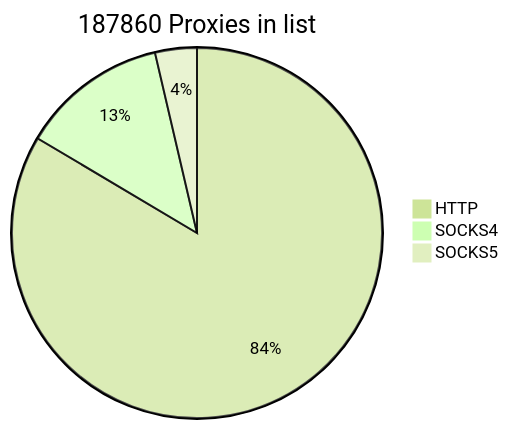
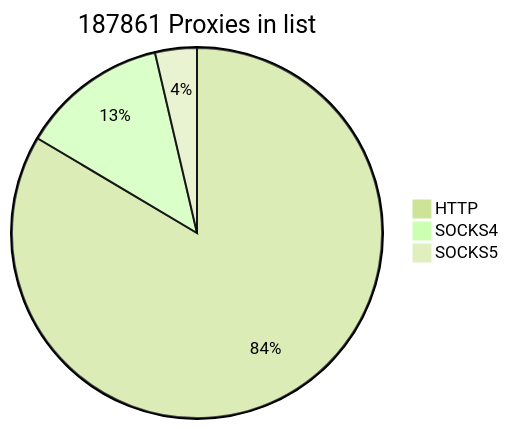
The first of 2 diagrams in README.md (cutipu/proxylist), drawn with Mermaid (forest theme) before and after one commit. The commit also changed other lines of this file, not shown here.

````diff
--- a/README.md
+++ b/README.md
@@ -2,7 +2,7 @@
 ```mermaid
-pie title 187860 Proxies in list
+pie title 187861 Proxies in list
     "HTTP" : 156921
     "SOCKS4" : 24089
-    "SOCKS5" : 6850
+    "SOCKS5" : 6851
             
 ```
````
